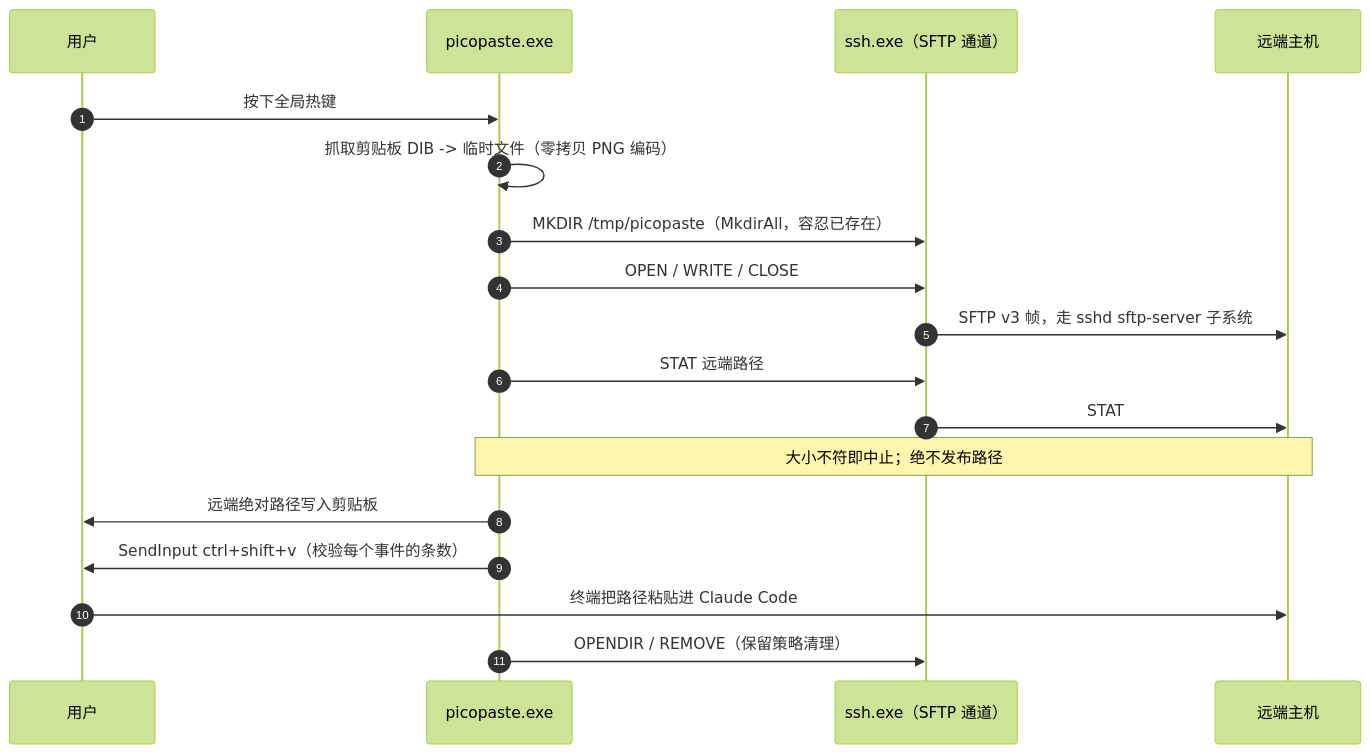
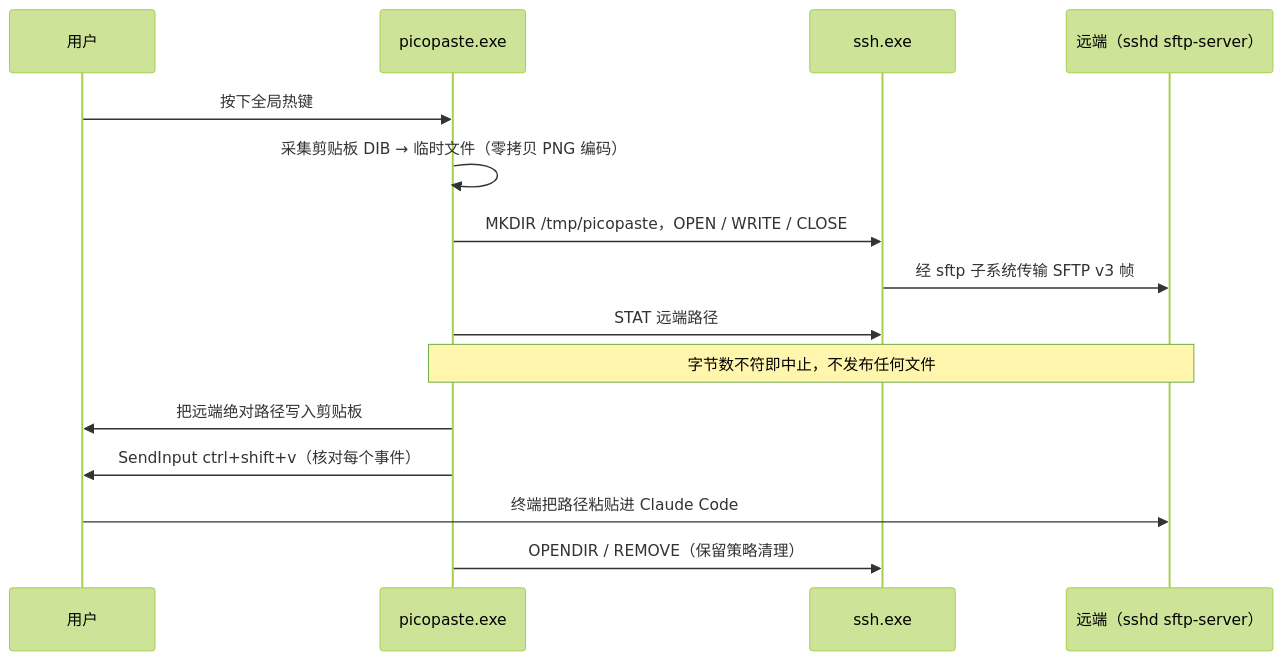
The second of 3 diagrams in README_zh.md (DeguiLiu/picopaste), drawn with Mermaid (forest theme) before and after one commit. The commit also changed other lines of this file and 1 other file, not shown here.

First line of the commit message:
story-docs(dm): rewrite both READMEs around modules, architecture and usage

````diff
--- a/README_zh.md
+++ b/README_zh.md
@@ -75,21 +49,17 @@
 ```mermaid
 sequenceDiagram
-  autonumber
   participant U as 用户
   participant P as picopaste.exe
-  participant S as ssh.exe（SFTP 通道）
-  participant R as 远端主机
-
+  participant S as ssh.exe
+  participant R as 远端（sshd sftp-server）
   U->>P: 按下全局热键
-  P->>P: 抓取剪贴板 DIB -> 临时文件（零拷贝 PNG 编码）
-  P->>S: MKDIR /tmp/picopaste（MkdirAll，容忍已存在）
-  P->>S: OPEN / WRITE / CLOSE
-  S->>R: SFTP v3 帧，走 sshd sftp-server 子系统
+  P->>P: 采集剪贴板 DIB → 临时文件（零拷贝 PNG 编码）
+  P->>S: MKDIR /tmp/picopaste，OPEN / WRITE / CLOSE
+  S->>R: 经 sftp 子系统传输 SFTP v3 帧
   P->>S: STAT 远端路径
-  S->>R: STAT
-  Note over P,R: 大小不符即中止；绝不发布路径
-  P->>U: 远端绝对路径写入剪贴板
-  P->>U: SendInput ctrl+shift+v（校验每个事件的条数）
+  Note over P,R: 字节数不符即中止，不发布任何文件
+  P->>U: 把远端绝对路径写入剪贴板
+  P->>U: SendInput ctrl+shift+v（核对每个事件）
   U->>R: 终端把路径粘贴进 Claude Code
   P->>S: OPENDIR / REMOVE（保留策略清理）
 ```
````
